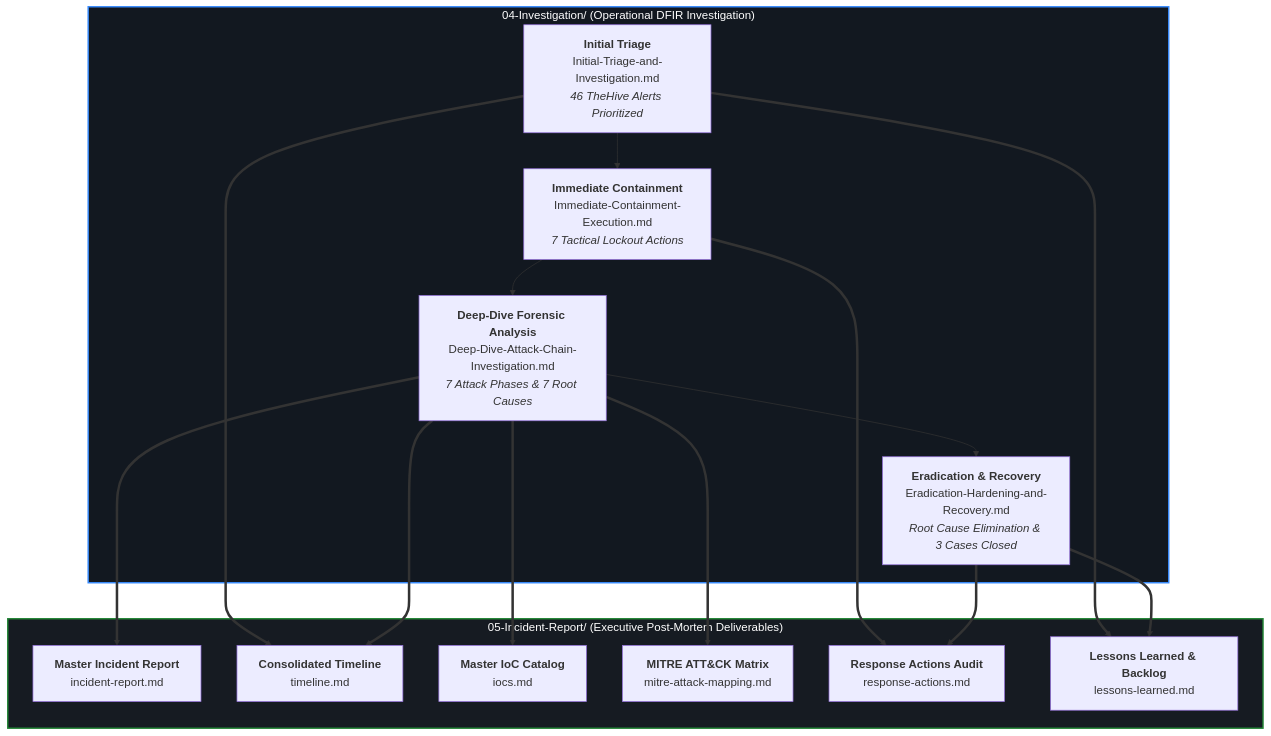
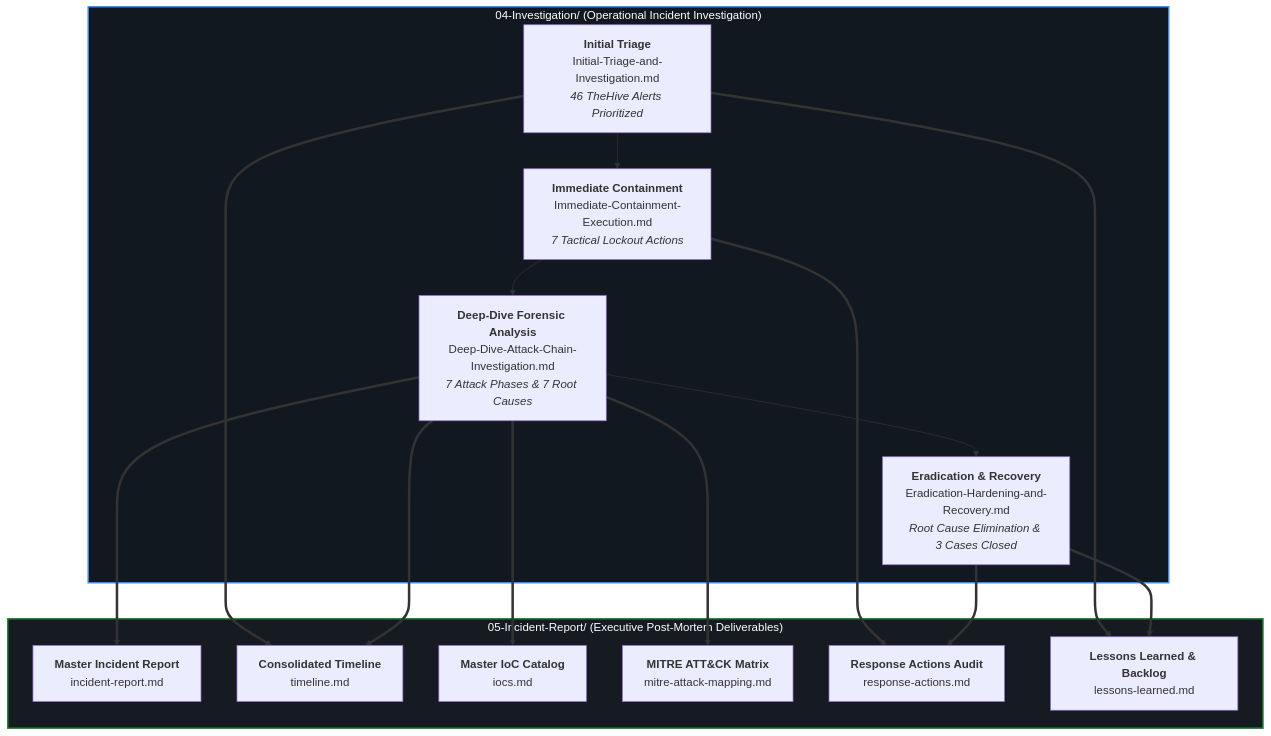
One commit to EclipseManic/SOC-Lab changed the diagram in 05-Incident-Report/README.md. Above: the diagram before and after it, drawn with Mermaid. The commit also changed other lines of this file and 6 other files, not shown here.

Commit message:
docs: ground terminology in SOC incident investigation and response, eliminating DFIR overclaims

````diff
--- a/05-Incident-Report/README.md
+++ b/05-Incident-Report/README.md
@@ -35,29 +35,29 @@
 ```mermaid
 flowchart TD
-    subgraph S04["04-Investigation/ (Operational DFIR Investigation)"]
+    subgraph S04["04-Investigation/ (Operational Incident Investigation)"]
         T1["<b>Initial Triage</b><br>Initial-Triage-and-Investigation.md<br><i>46 TheHive Alerts Prioritized</i>"]
         T2["<b>Immediate Containment</b><br>Immediate-Containment-Execution.md<br><i>7 Tactical Lockout Actions</i>"]
         T3["<b>Deep-Dive Forensic Analysis</b><br>Deep-Dive-Attack-Chain-Investigation.md<br><i>7 Attack Phases & 7 Root Causes</i>"]
         T4["<b>Eradication & Recovery</b><br>Eradication-Hardening-and-Recovery.md<br><i>Root Cause Elimination & 3 Cases Closed</i>"]
         T1 --> T2 --> T3 --> T4
     end
 
     subgraph S05["05-Incident-Report/ (Executive Post-Mortem Deliverables)"]
         R1["<b>Master Incident Report</b><br>incident-report.md"]
         R2["<b>Consolidated Timeline</b><br>timeline.md"]
         R3["<b>Master IoC Catalog</b><br>iocs.md"]
         R4["<b>MITRE ATT&CK Matrix</b><br>mitre-attack-mapping.md"]
         R5["<b>Response Actions Audit</b><br>response-actions.md"]
         R6["<b>Lessons Learned & Backlog</b><br>lessons-learned.md"]
     end
 
     T3 ==> R1
     T3 ==> R3
     T1 & T3 ==> R2
     T2 & T4 ==> R5
     T3 ==> R4
     T1 & T4 ==> R6
 
     style S04 fill:#121820,stroke:#388bfd,stroke-width:2px,color:#fff
     style S05 fill:#161b22,stroke:#238636,stroke-width:2px,color:#fff
 ```
````
